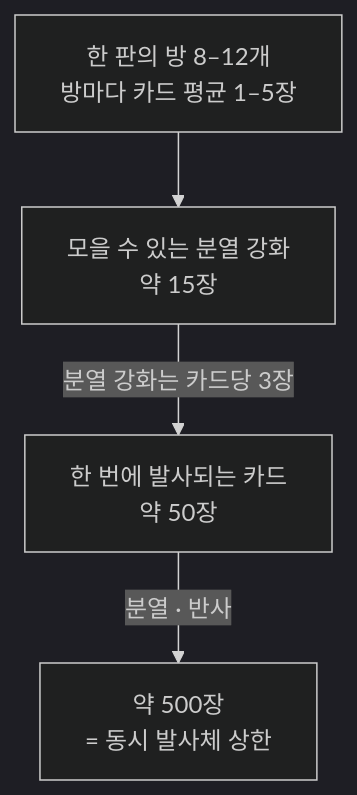
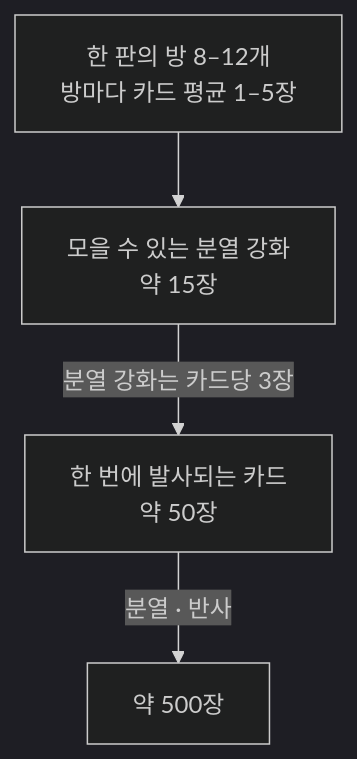
One commit to SaGiKun4/portfolio-SaGiKun4 changed the seventh of 13 diagrams in src/03-MagiCard/프로젝트문서.md. Above: the diagram before and after it, drawn with Mermaid (dark theme). The commit also changed other lines of this file and 89 other files, not shown here.

````diff
--- a/src/03-MagiCard/프로젝트문서.md
+++ b/src/03-MagiCard/프로젝트문서.md
@@ -450,6 +376,6 @@
 ```mermaid
 flowchart TB
     A["한 판의 방 8–12개<br/>방마다 카드 평균 1–5장"] --> B["모을 수 있는 분열 강화<br/>약 15장"]
     B -->|"분열 강화는 카드당 3장"| C["한 번에 발사되는 카드<br/>약 50장"]
-    C -->|"분열 · 반사"| D["약 500장<br/>= 동시 발사체 상한"]
+    C -->|"분열 · 반사"| D["약 500장"]
 ```
````
